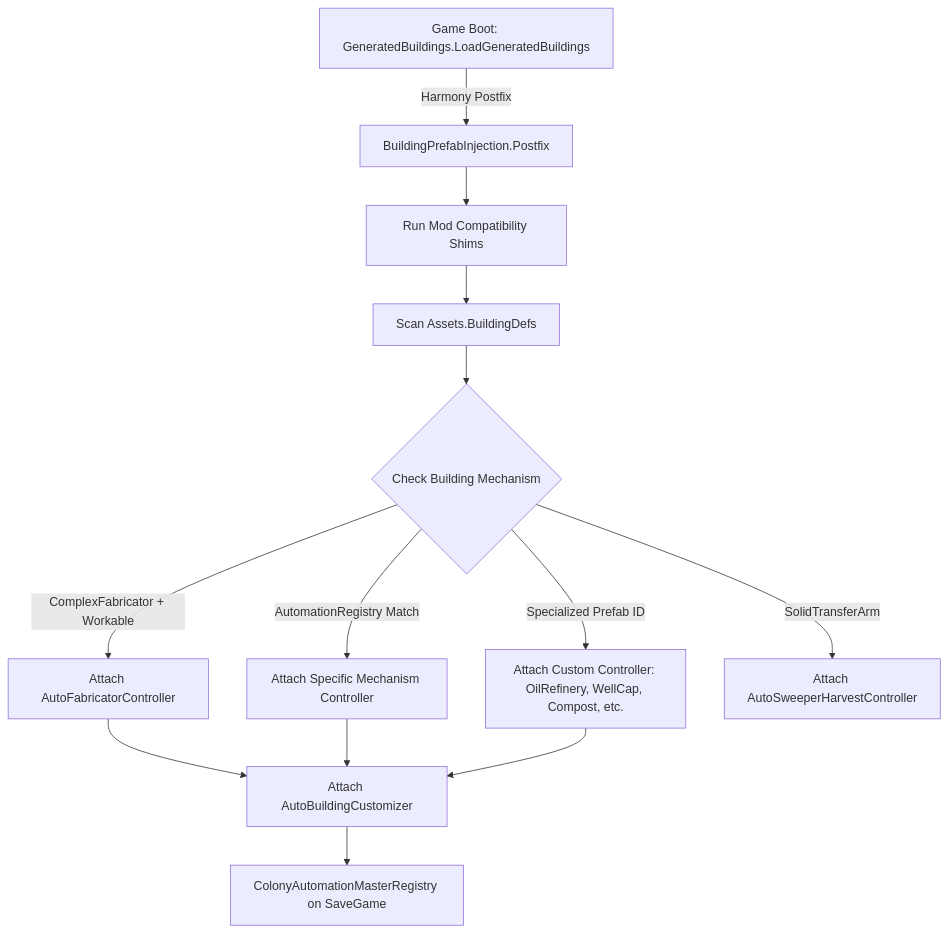
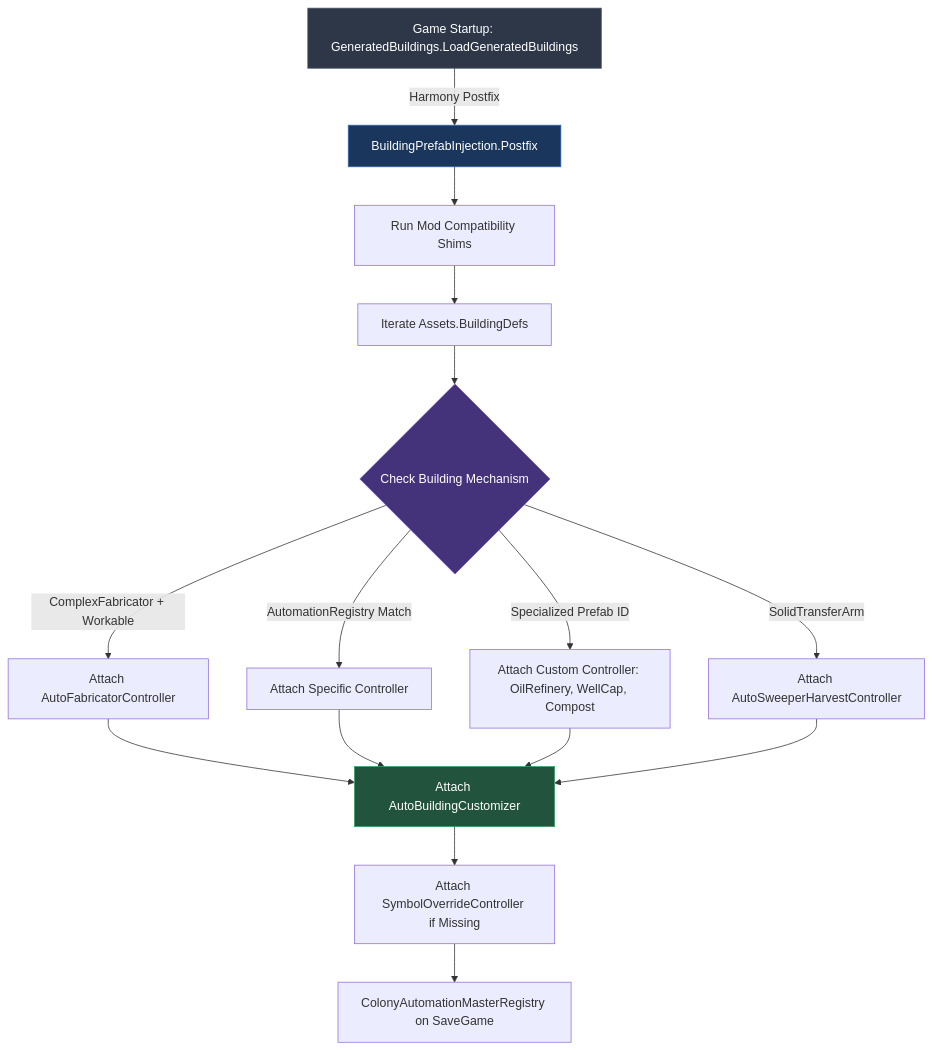
The second of 6 diagrams in wiki/Architecture-and-Design.md (Eurekalo/Automatic_Industry), drawn with Mermaid before and after one commit. The commit also changed other lines of this file and 8 other files, not shown here.

Commit message:
docs: overhaul wiki documentation with visual diagrams, UI layouts, and v2.5.0 features

````diff
--- a/wiki/Architecture-and-Design.md
+++ b/wiki/Architecture-and-Design.md
@@ -37,15 +58,25 @@
 ```mermaid
 graph TD
-    A[Game Boot: GeneratedBuildings.LoadGeneratedBuildings] -->|Harmony Postfix| B[BuildingPrefabInjection.Postfix]
+    A[Game Startup: GeneratedBuildings.LoadGeneratedBuildings] -->|Harmony Postfix| B[BuildingPrefabInjection.Postfix]
     B --> C[Run Mod Compatibility Shims]
-    C --> D[Scan Assets.BuildingDefs]
+    C --> D[Iterate Assets.BuildingDefs]
     D --> E{Check Building Mechanism}
+    
     E -->|ComplexFabricator + Workable| F[Attach AutoFabricatorController]
-    E -->|AutomationRegistry Match| G[Attach Specific Mechanism Controller]
-    E -->|Specialized Prefab ID| H[Attach Custom Controller: OilRefinery, WellCap, Compost, etc.]
+    E -->|AutomationRegistry Match| G[Attach Specific Controller]
+    E -->|Specialized Prefab ID| H[Attach Custom Controller: OilRefinery, WellCap, Compost]
     E -->|SolidTransferArm| I[Attach AutoSweeperHarvestController]
+    
     F --> J[Attach AutoBuildingCustomizer]
     G --> J
     H --> J
-    J --> K[ColonyAutomationMasterRegistry on SaveGame]
+    I --> J
+    
+    J --> K[Attach SymbolOverrideController if Missing]
+    K --> L[ColonyAutomationMasterRegistry on SaveGame]
+
+    style A fill:#2d3748,stroke:#4a5568,color:#fff
+    style B fill:#1a365d,stroke:#2b6cb0,color:#fff
+    style E fill:#44337a,stroke:#805ad5,color:#fff
+    style J fill:#22543d,stroke:#38a169,color:#fff
 ```
````
